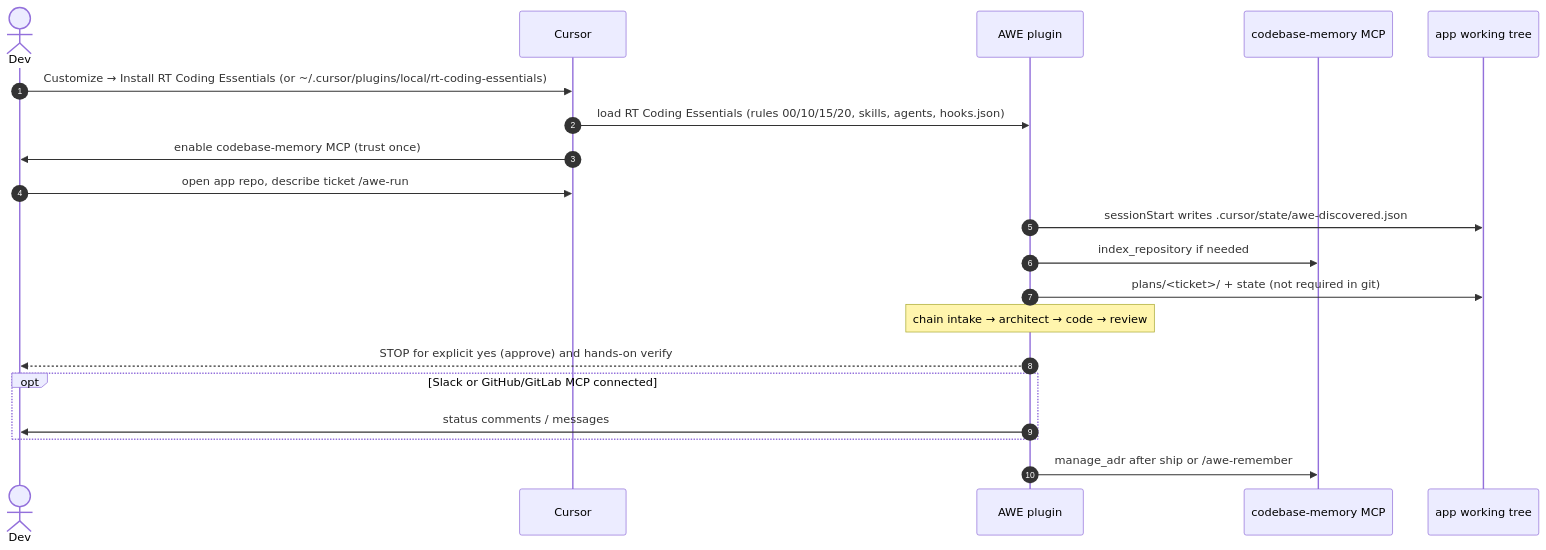
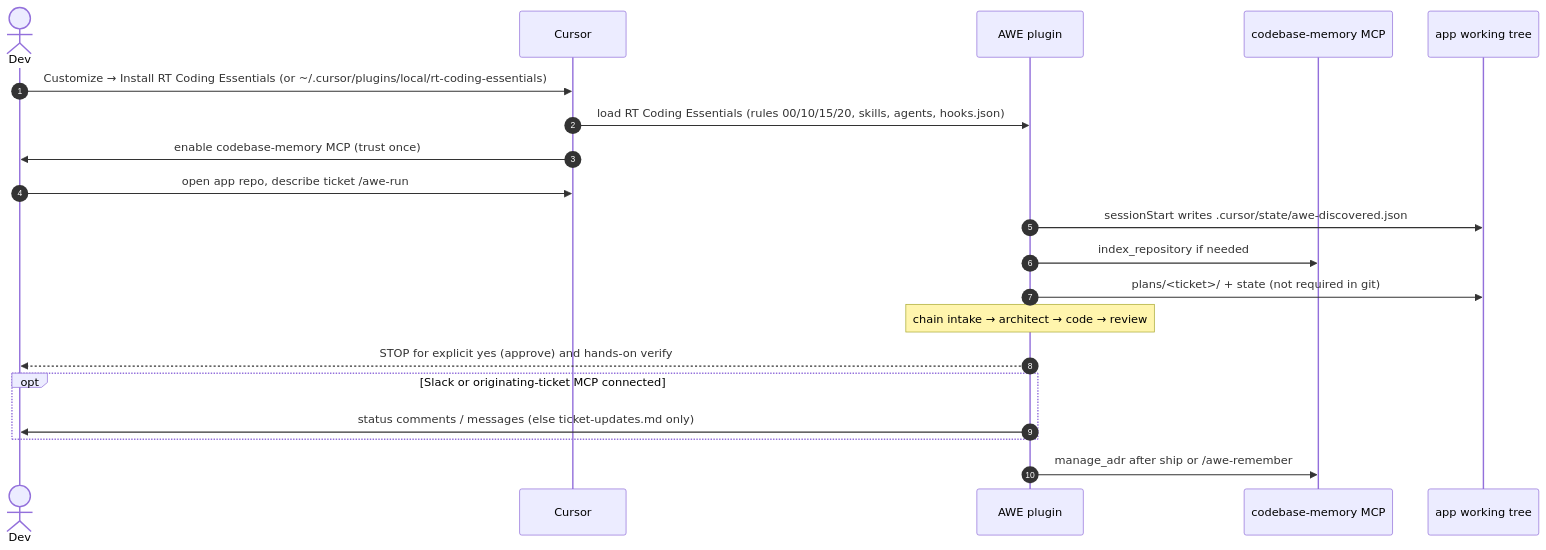
One commit to muizather/rt-coding-essentials changed the fourth of 11 diagrams in docs/FLOW.md. Above: the diagram before and after it, drawn with Mermaid. The commit also changed other lines of this file and 26 other files, not shown here.

````diff
--- a/docs/FLOW.md
+++ b/docs/FLOW.md
@@ -203,23 +203,23 @@
 ```mermaid
 sequenceDiagram
     autonumber
     actor Dev
     participant Cursor
     participant Plugin as AWE plugin
     participant Mem as codebase-memory MCP
     participant App as app working tree
 
     Dev->>Cursor: Customize → Install RT Coding Essentials (or ~/.cursor/plugins/local/rt-coding-essentials)
     Cursor->>Plugin: load RT Coding Essentials (rules 00/10/15/20, skills, agents, hooks.json)
     Cursor->>Dev: enable codebase-memory MCP (trust once)
     Dev->>Cursor: open app repo, describe ticket /awe-run
     Plugin->>App: sessionStart writes .cursor/state/awe-discovered.json
     Plugin->>Mem: index_repository if needed
     Plugin->>App: plans/<ticket>/ + state (not required in git)
     Note over Plugin: chain intake → architect → code → review
     Plugin-->>Dev: STOP for explicit yes (approve) and hands-on verify
-    opt Slack or GitHub/GitLab MCP connected
-        Plugin->>Dev: status comments / messages
+    opt Slack or originating-ticket MCP connected
+        Plugin->>Dev: status comments / messages (else ticket-updates.md only)
     end
     Plugin->>Mem: manage_adr after ship or /awe-remember
 ```
````
